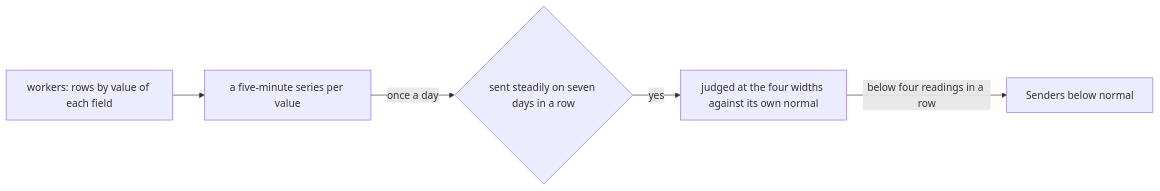
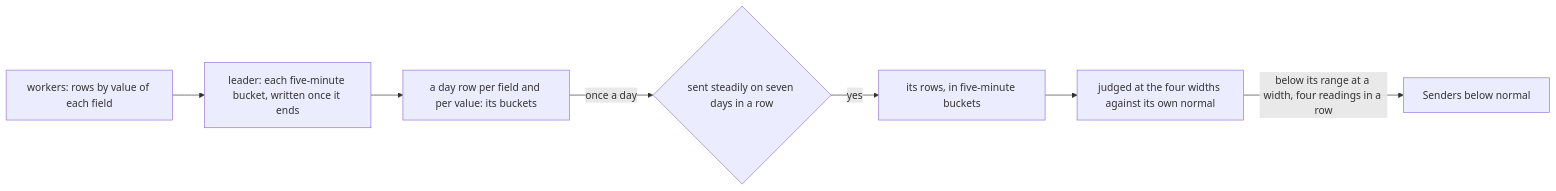
One commit to smeltr-sh/smeltr changed the third of 5 diagrams in docs/architecture/control-plane.md. Above: the diagram before and after it, drawn with Mermaid. The commit also changed other lines of this file and 7 other files, not shown here.

First line of the commit message:
Keep a day row per sender, and rows only for watched senders

````diff
--- a/docs/architecture/control-plane.md
+++ b/docs/architecture/control-plane.md
@@ -379,7 +382,9 @@
 ```mermaid
 flowchart LR
-  W[workers: rows by value of each field] --> S[a five-minute series per value]
-  S -- once a day --> P{sent steadily on seven days in a row}
-  P -- yes --> J[judged at the four widths against its own normal]
-  J -- below four readings in a row --> X[Senders below normal]
+  W[workers: rows by value of each field] --> B[leader: each five-minute bucket, written once it ends]
+  B --> D[a day row per field and per value: its buckets]
+  D -- once a day --> P{sent steadily on seven days in a row}
+  P -- yes --> R[its rows, in five-minute buckets]
+  R --> J[judged at the four widths against its own normal]
+  J -- below its range at a width, four readings in a row --> X[Senders below normal]
 ```
````
